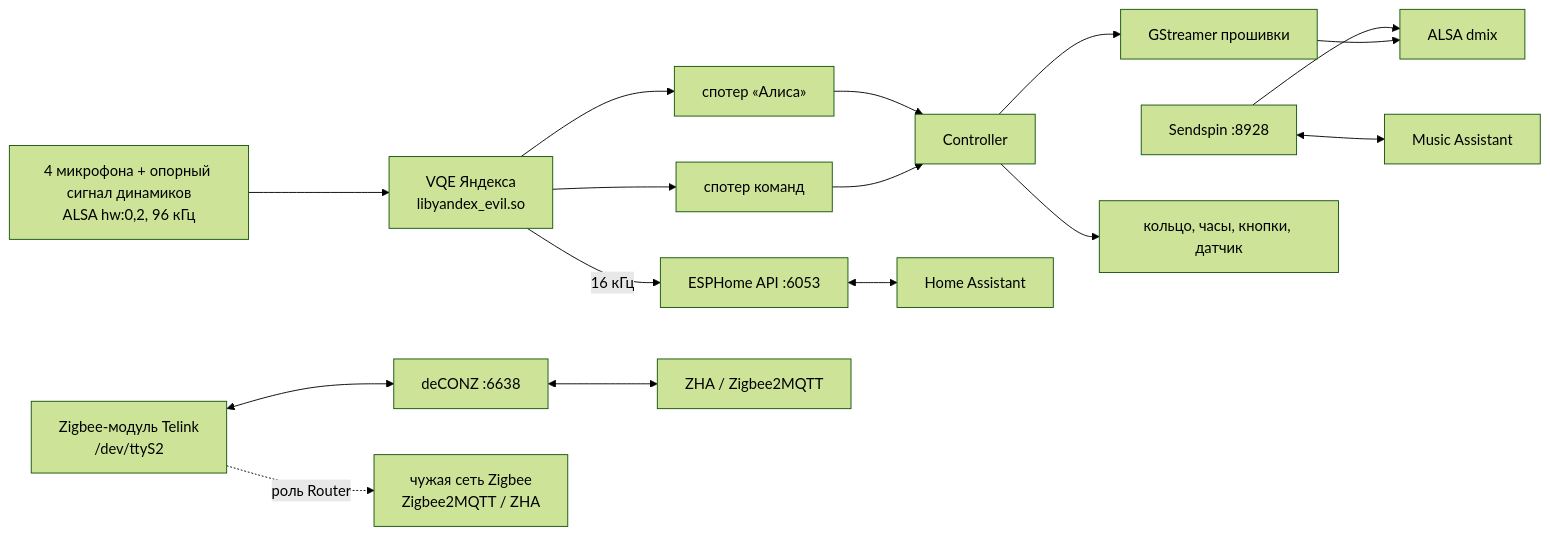
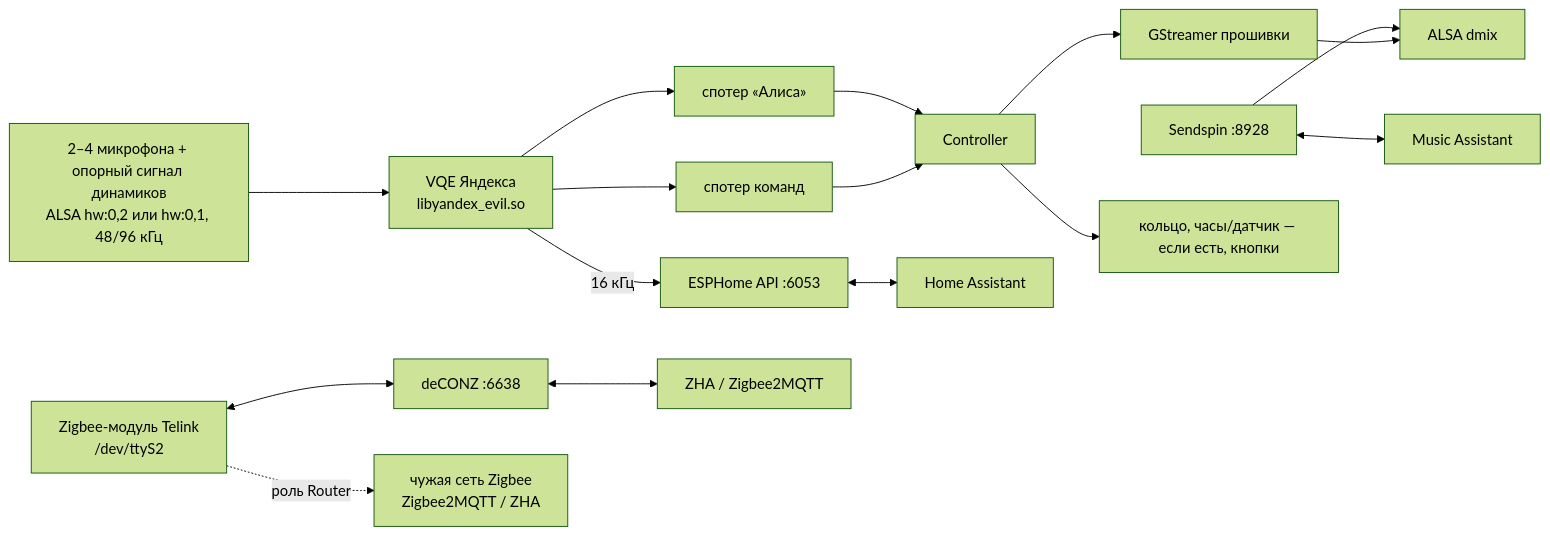
Before and after one commit to Morvex885/pulsar: the diagram in README.md, drawn with Mermaid (forest theme). The commit also changed other lines of this file and 46 other files, not shown here.

````diff
--- a/README.md
+++ b/README.md
@@ -533,18 +554,18 @@
 ```mermaid
 flowchart LR
-  mics[4 микрофона + опорный сигнал динамиков<br/>ALSA hw:0,2, 96 кГц] --> vqe[VQE Яндекса<br/>libyandex_evil.so]
+  mics[2–4 микрофона + опорный сигнал динамиков<br/>ALSA hw:0,2 или hw:0,1, 48/96 кГц] --> vqe[VQE Яндекса<br/>libyandex_evil.so]
   vqe --> wake[спотер «Алиса»]
   vqe --> cmd[спотер команд]
   vqe -->|16 кГц| api[ESPHome API :6053]
   wake --> ctl[Controller]
   cmd --> ctl
   api <--> ha[Home Assistant]
   ctl --> player[GStreamer прошивки]
   ss[Sendspin :8928] <--> ma[Music Assistant]
   ss --> alsa[ALSA dmix]
   player --> alsa
-  ctl --> hw[кольцо, часы, кнопки, датчик]
+  ctl --> hw[кольцо, часы/датчик — если есть, кнопки]
   zb[Zigbee-модуль Telink<br/>/dev/ttyS2] <--> dz[deCONZ :6638]
   dz <--> zha[ZHA / Zigbee2MQTT]
   zb -.->|роль Router| z2m[чужая сеть Zigbee<br/>Zigbee2MQTT / ZHA]
 ```
````
